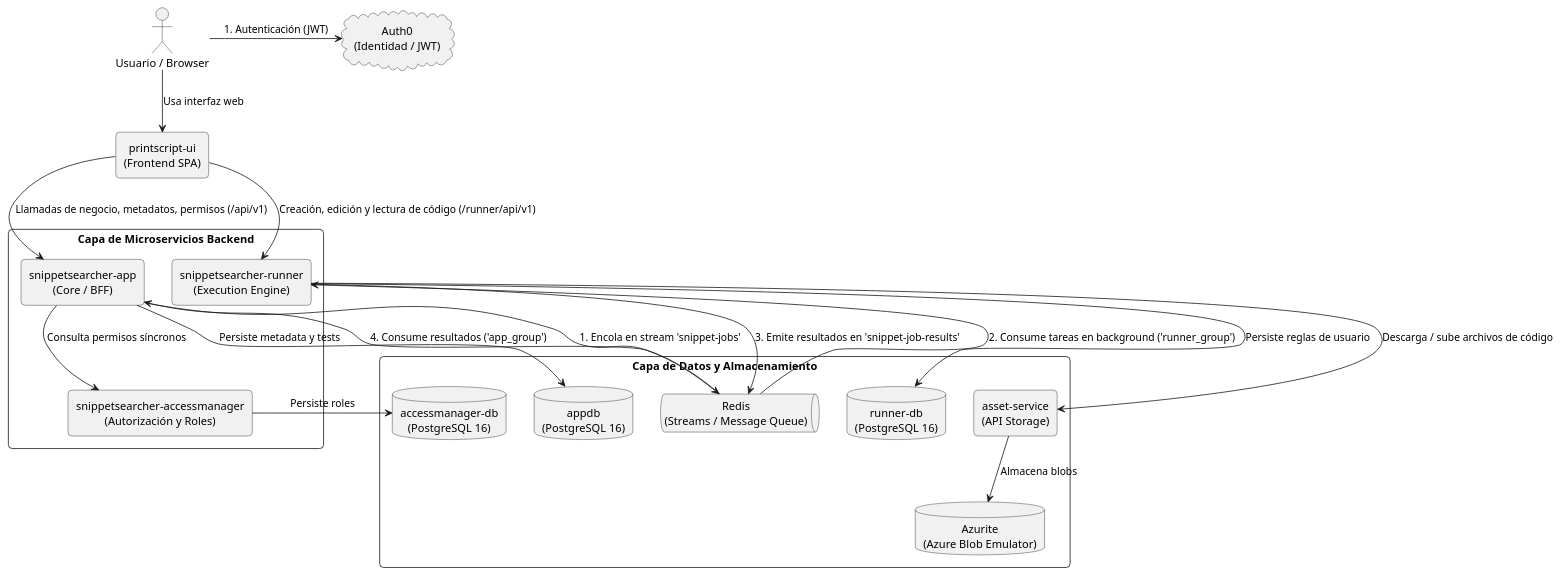
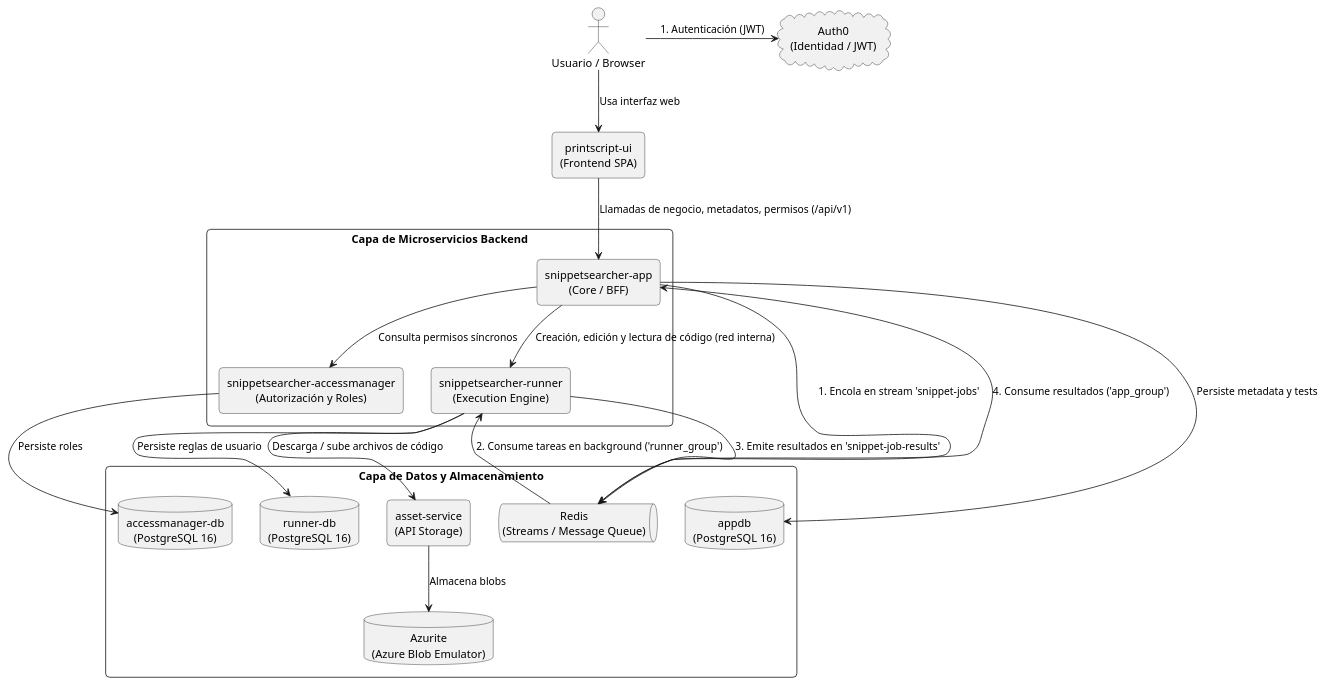
One commit to Grupo-14-INGSIS/SnippetSearcher-Infrastructure changed the third of 3 diagrams in Documentación/ARQUITECTURA_NEW.md. Above: the diagram before and after it, drawn with PlantUML. The commit also changed other lines of this file and 11 other files, not shown here.

````diff
--- a/Documentación/ARQUITECTURA_NEW.md
+++ b/Documentación/ARQUITECTURA_NEW.md
@@ -157,50 +155,50 @@
 ```plantuml
 @startuml Arquitectura_Sin_Nginx
 skinparam roundcorner 10
 skinparam defaultTextAlignment center
 skinparam shadowing false
 skinparam monochrome true
 skinparam packageStyle rectangle
 
 actor "Usuario / Browser" as client
 cloud "Auth0\n(Identidad / JWT)" as auth0
 rectangle "printscript-ui\n(Frontend SPA)" as ui
 
 package "Capa de Microservicios Backend" {
     rectangle "snippetsearcher-app\n(Core / BFF)" as app
     rectangle "snippetsearcher-runner\n(Execution Engine)" as runner
     rectangle "snippetsearcher-accessmanager\n(Autorización y Roles)" as access
 }
 
 package "Capa de Datos y Almacenamiento" {
     database "appdb\n(PostgreSQL 16)" as appdb
     database "runner-db\n(PostgreSQL 16)" as runnerdb
     database "accessmanager-db\n(PostgreSQL 16)" as accessdb
 
     queue "Redis\n(Streams / Message Queue)" as redis
     rectangle "asset-service\n(API Storage)" as asset
     database "Azurite\n(Azure Blob Emulator)" as azurite
 }
 
 client -right-> auth0 : 1. Autenticación (JWT)
 client --> ui : Usa interfaz web
 
 ui --> app : Llamadas de negocio, metadatos, permisos (/api/v1)
-ui --> runner : Creación, edición y lectura de código (/runner/api/v1)
+app --> runner : Creación, edición y lectura de código (red interna)
 
 app --> access : Consulta permisos síncronos
 access --> accessdb : Persiste roles
 app --> appdb : Persiste metadata y tests
 
 ' Redis Streams
 app --> redis : 1. Encola en stream 'snippet-jobs'
 redis --> runner : 2. Consume tareas en background ('runner_group')
 runner --> redis : 3. Emite resultados en 'snippet-job-results'
 redis --> app : 4. Consume resultados ('app_group')
 
 runner --> runnerdb : Persiste reglas de usuario
 runner --> asset : Descarga / sube archivos de código
 asset --> azurite : Almacena blobs
 
 @enduml
 ```
````
